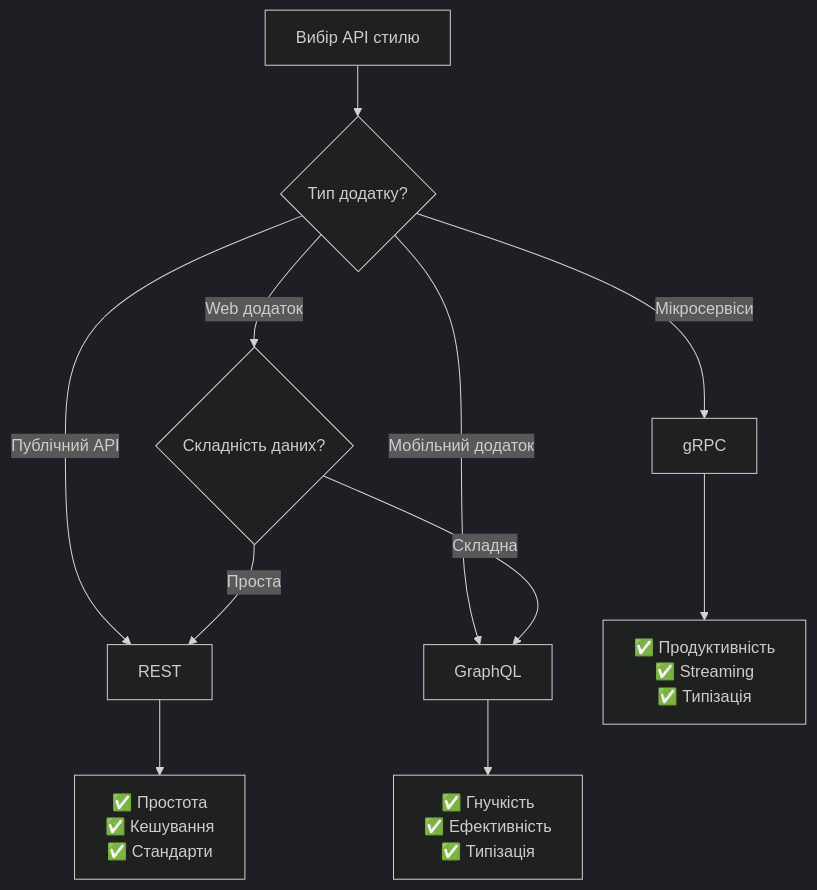
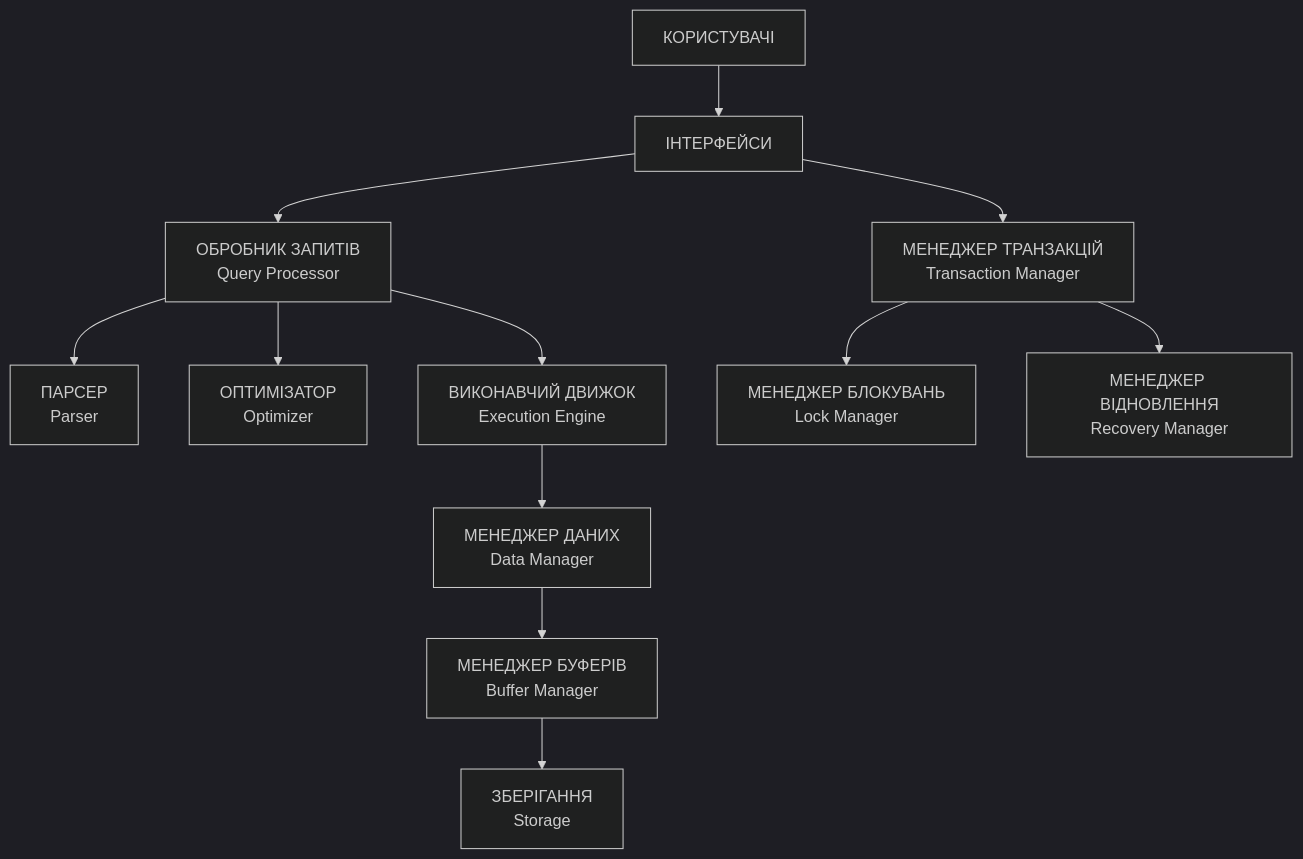
Before and after one commit to olroi421/course-bd: the fifth of 12 diagrams in docs/lectures/lecture-01.md, drawn with Mermaid (dark theme). The commit also changed other lines of this file and 1 other file, not shown here.

````diff
--- a/docs/lectures/lecture-01.md
+++ b/docs/lectures/lecture-01.md
@@ -746,16 +630,17 @@
 ```mermaid
-flowchart TD
-    A[Вибір API стилю] --> B{Тип додатку?}
+graph TB
+    A[КОРИСТУВАЧІ] --> B[ІНТЕРФЕЙСИ]
+    B --> C[ОБРОБНИК ЗАПИТІВ<br/>Query Processor]
+    B --> D[МЕНЕДЖЕР ТРАНЗАКЦІЙ<br/>Transaction Manager]
 
-    B -->|Публічний API| C[REST]
-    B -->|Мобільний додаток| D[GraphQL]
-    B -->|Мікросервіси| E[gRPC]
-    B -->|Web додаток| F{Складність даних?}
+    C --> E[ПАРСЕР<br/>Parser]
+    C --> F[ОПТИМІЗАТОР<br/>Optimizer]
+    C --> G[ВИКОНАВЧИЙ ДВИЖОК<br/>Execution Engine]
 
-    F -->|Проста| C
-    F -->|Складна| D
+    D --> H[МЕНЕДЖЕР БЛОКУВАНЬ<br/>Lock Manager]
+    D --> I[МЕНЕДЖЕР ВІДНОВЛЕННЯ<br/>Recovery Manager]
 
-    C --> G[✅ Простота<br/>✅ Кешування<br/>✅ Стандарти]
-    D --> H[✅ Гнучкість<br/>✅ Ефективність<br/>✅ Типізація]
-    E --> I[✅ Продуктивність<br/>✅ Streaming<br/>✅ Типізація]
+    G --> J[МЕНЕДЖЕР ДАНИХ<br/>Data Manager]
+    J --> K[МЕНЕДЖЕР БУФЕРІВ<br/>Buffer Manager]
+    K --> L[ЗБЕРІГАННЯ<br/>Storage]
 ```
````
